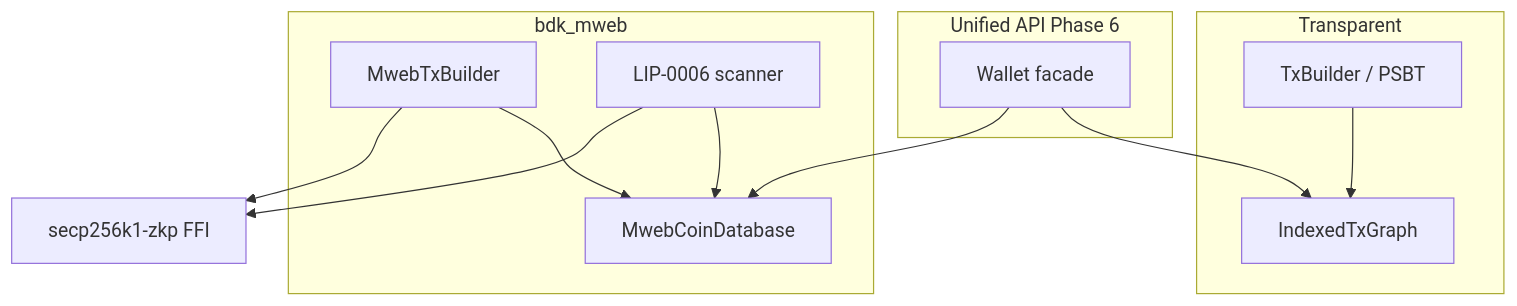
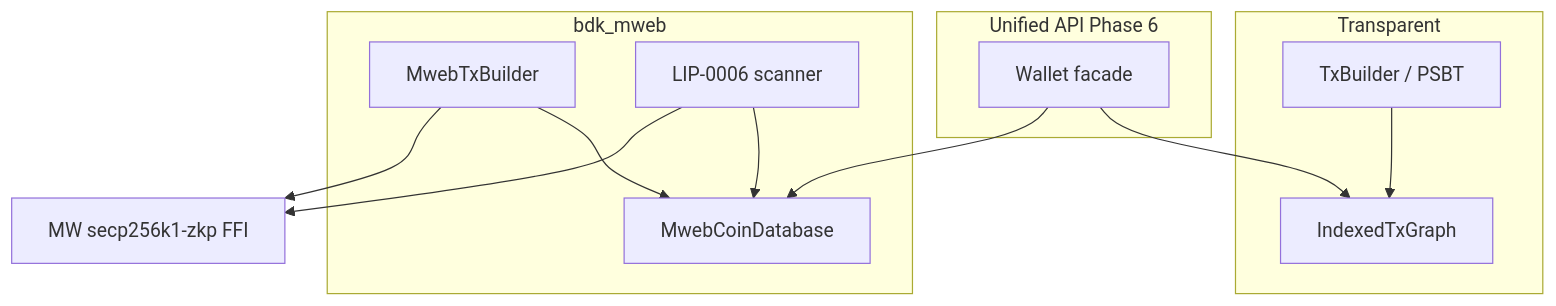
One commit to IndigoNakamoto/bdk changed the diagram in docs/MWEB_ARCHITECTURE.md. Above: the diagram before and after it, drawn with Mermaid. The commit also changed other lines of this file and 18 other files, not shown here.

````diff
--- a/docs/MWEB_ARCHITECTURE.md
+++ b/docs/MWEB_ARCHITECTURE.md
@@ -30,23 +33,23 @@
 ```mermaid
 flowchart TB
   subgraph unified [Unified API Phase 6]
     UW[Wallet facade]
   end
   subgraph transparent [Transparent]
     TG[IndexedTxGraph]
     TB[TxBuilder / PSBT]
   end
   subgraph mweb [bdk_mweb]
     MDB[MwebCoinDatabase]
     MTB[MwebTxBuilder]
     MS[LIP-0006 scanner]
   end
-  ZKP[secp256k1-zkp FFI]
+  ZKP[MW secp256k1-zkp FFI]
   UW --> TG
   UW --> MDB
   TB --> TG
   MTB --> MDB
   MTB --> ZKP
   MS --> MDB
   MS --> ZKP
 ```
````
